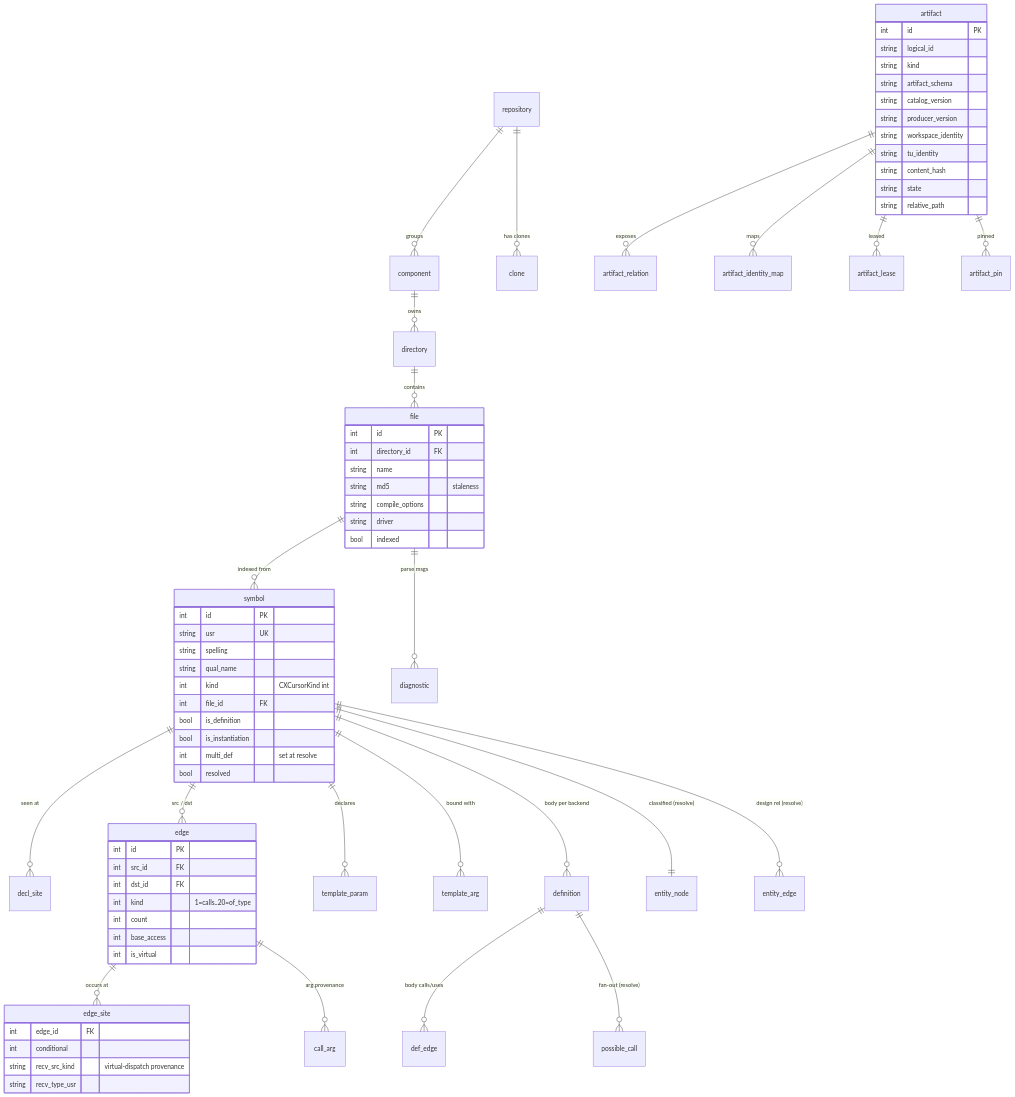
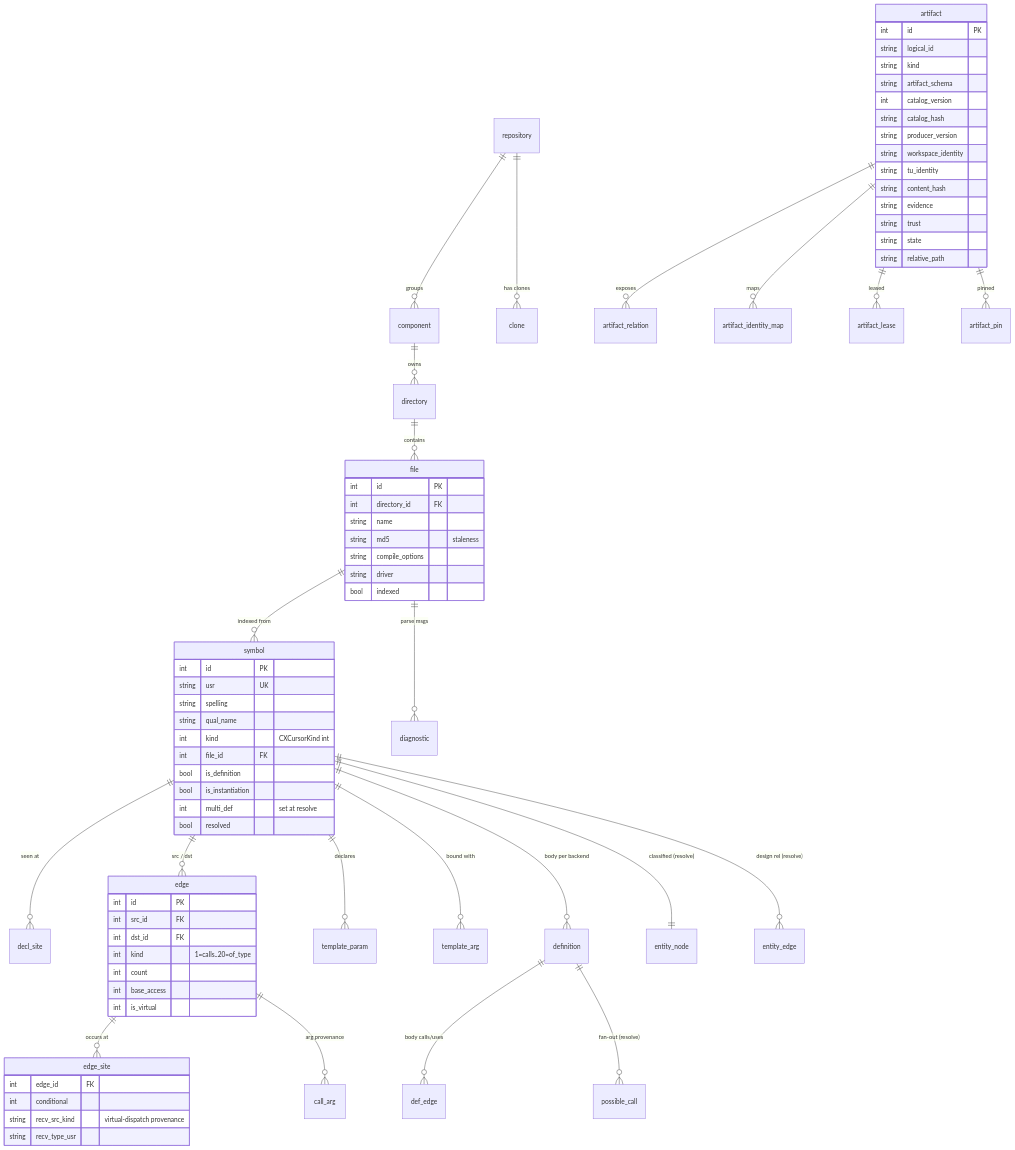
The diagram in docs/data-model.md (husams/cpp-indexer), drawn with Mermaid before and after one commit. The commit also changed other lines of this file and 12 other files, not shown here.

````diff
--- a/docs/data-model.md
+++ b/docs/data-model.md
@@ -16,77 +16,80 @@
 ```mermaid
 erDiagram
     repository  ||--o{ component   : groups
     repository  ||--o{ clone       : "has clones"
     component   ||--o{ directory   : owns
     directory   ||--o{ file        : contains
     file        ||--o{ symbol      : "indexed from"
     file        ||--o{ diagnostic  : "parse msgs"
     artifact    ||--o{ artifact_relation : exposes
     artifact    ||--o{ artifact_identity_map : maps
     artifact    ||--o{ artifact_lease : leased
     artifact    ||--o{ artifact_pin : pinned
 
     symbol      ||--o{ decl_site   : "seen at"
     symbol      ||--o{ edge        : "src / dst"
     edge        ||--o{ edge_site   : "occurs at"
     edge        ||--o{ call_arg    : "arg provenance"
     symbol      ||--o{ template_param : declares
     symbol      ||--o{ template_arg  : "bound with"
 
     symbol      ||--o{ definition  : "body per backend"
     definition  ||--o{ def_edge    : "body calls/uses"
     definition  ||--o{ possible_call: "fan-out (resolve)"
 
     symbol      ||--|| entity_node : "classified (resolve)"
     symbol      ||--o{ entity_edge : "design rel (resolve)"
 
     symbol {
         int id PK
         string usr UK
         string spelling
         string qual_name
         int kind "CXCursorKind int"
         int file_id FK
         bool is_definition
         bool is_instantiation
         int multi_def "set at resolve"
         bool resolved
     }
     edge {
         int id PK
         int src_id FK
         int dst_id FK
         int kind "1=calls..20=of_type"
         int count
         int base_access
         int is_virtual
     }
     edge_site {
         int edge_id FK
         int conditional
         string recv_src_kind "virtual-dispatch provenance"
         string recv_type_usr
     }
     file {
         int id PK
         int directory_id FK
         string name
         string md5 "staleness"
         string compile_options
         string driver
         bool indexed
     }
     artifact {
         int id PK
         string logical_id
         string kind
         string artifact_schema
-        string catalog_version
+        int catalog_version
+        string catalog_hash
         string producer_version
         string workspace_identity
         string tu_identity
         string content_hash
+        string evidence
+        string trust
         string state
         string relative_path
     }
 ```
````
